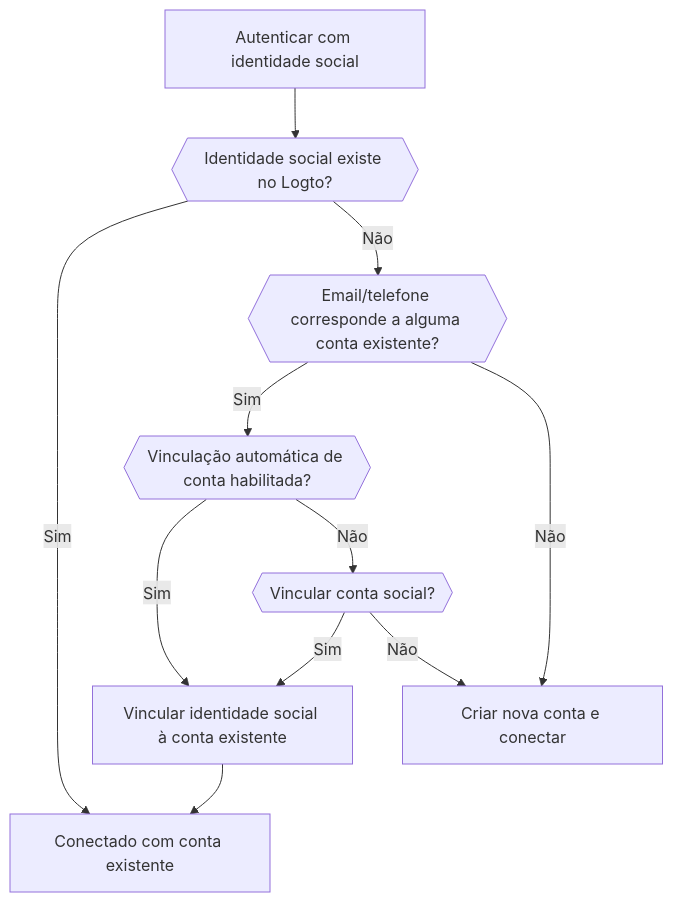
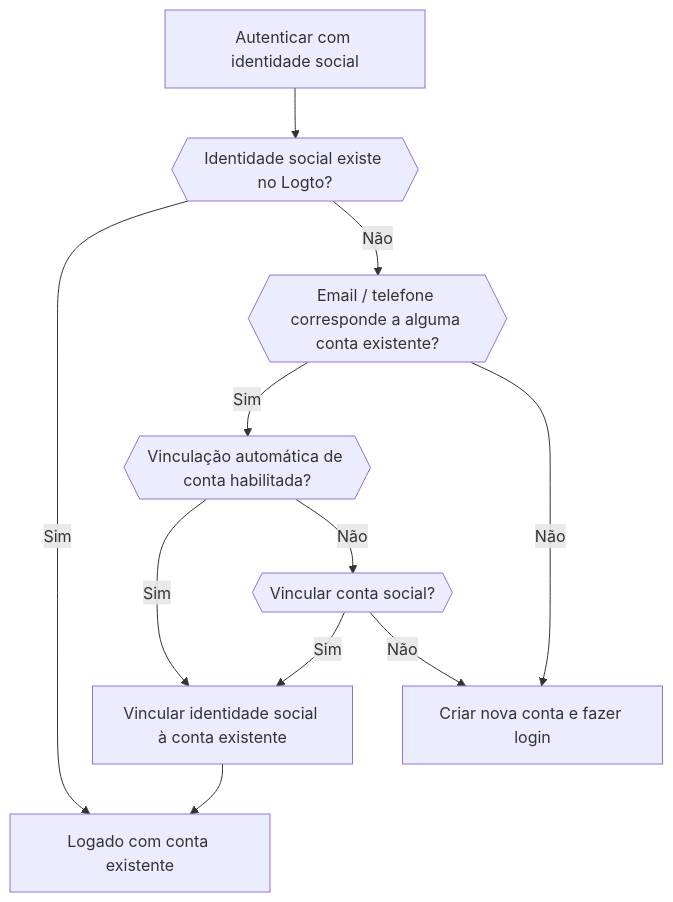
Before and after one commit to logto-io/docs: the third of 6 diagrams in i18n/pt-BR/docusaurus-plugin-content-docs/current/end-user-flows/sign-up-and-sign-in/social-sign-in.mdx, drawn with Mermaid. The commit also changed other lines of this file and 407 other files, not shown here.

````diff
--- a/i18n/pt-BR/docusaurus-plugin-content-docs/current/end-user-flows/sign-up-and-sign-in/social-sign-in.mdx
+++ b/i18n/pt-BR/docusaurus-plugin-content-docs/current/end-user-flows/sign-up-and-sign-in/social-sign-in.mdx
@@ -105,13 +105,13 @@
     ```mermaid
     flowchart TD
     A[Autenticar com identidade social] --> B{{Identidade social existe no Logto?}}
-    B -- Sim --> C[Conectado com conta existente]
-    B -- Não --> D{{Email/telefone corresponde a alguma conta existente?}}
+    B -- Sim --> C[Logado com conta existente]
+    B -- Não --> D{{Email / telefone corresponde a alguma conta existente?}}
     D -- Sim --> E{{Vinculação automática de conta habilitada?}}
     E -- Sim --> G[Vincular identidade social à conta existente]
     G --> C
-    D -- Não --> H[Criar nova conta e conectar]
+    D -- Não --> H[Criar nova conta e fazer login]
     E -- Não --> I{{Vincular conta social?}}
     I -- Sim --> G
     I -- Não --> H
     ```
````
